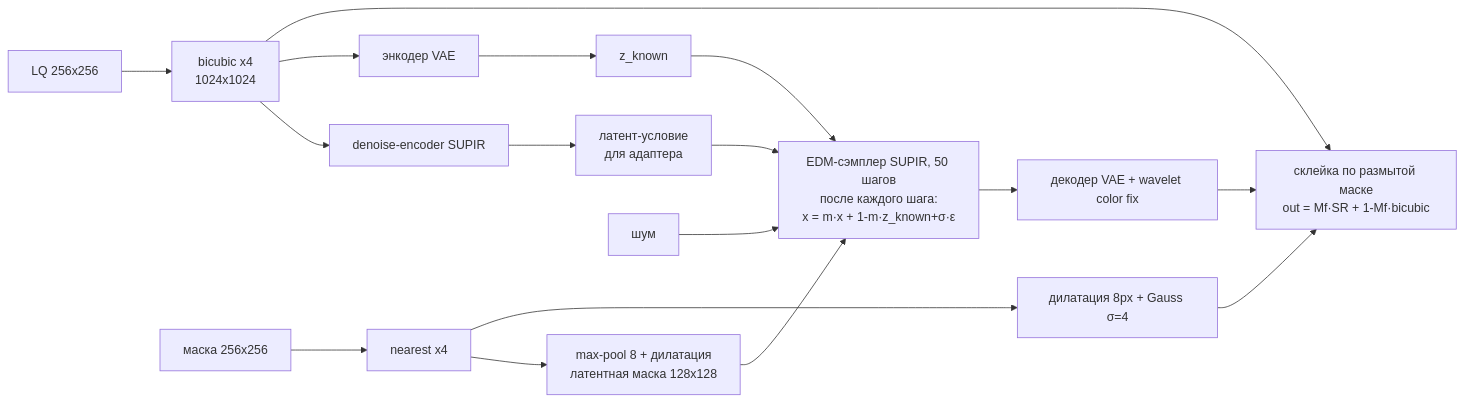
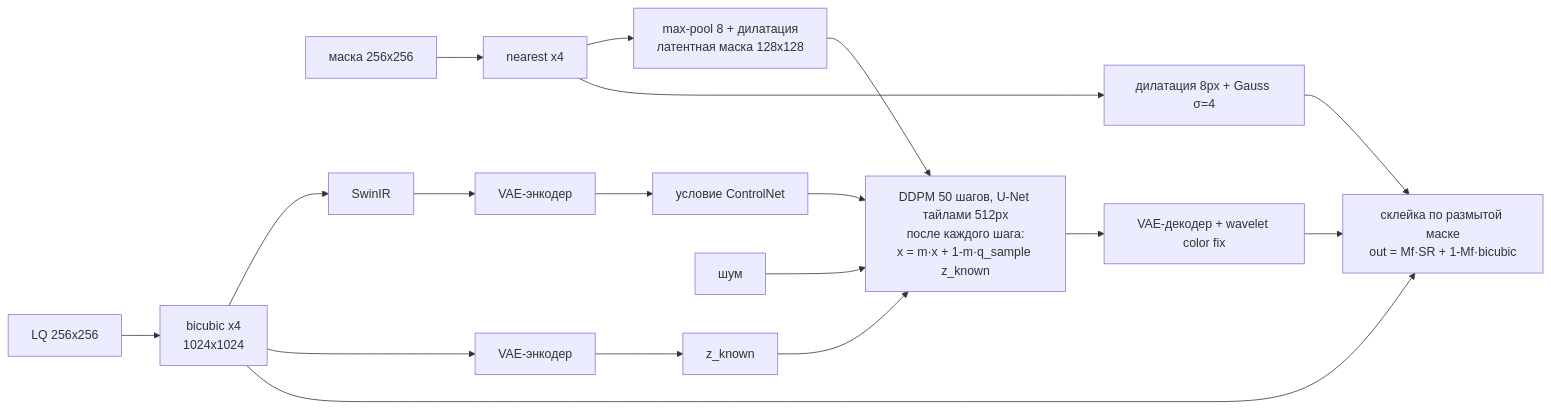
The diagram in lab_3.2/README.md (IlyaKonoval/Computer-vision), drawn with Mermaid before and after one commit. The commit also changed other lines of this file and 17 other files, not shown here.

````diff
--- a/lab_3.2/README.md
+++ b/lab_3.2/README.md
@@ -48,14 +56,14 @@
 ```mermaid
 flowchart LR
     LQ[LQ 256x256] --> UP[bicubic x4<br/>1024x1024]
     M[маска 256x256] --> MU[nearest x4] --> ML[max-pool 8 + дилатация<br/>латентная маска 128x128]
-    UP --> DE[denoise-encoder SUPIR] --> C[латент-условие<br/>для адаптера]
-    UP --> E[энкодер VAE] --> ZK[z_known]
+    UP --> SW[SwinIR] --> E1[VAE-энкодер] --> C[условие ControlNet]
+    UP --> E2[VAE-энкодер] --> ZK[z_known]
     N[шум] --> S
-    C --> S[EDM-сэмплер SUPIR, 50 шагов<br/>после каждого шага:<br/>x = m·x + 1-m·z_known+σ·ε]
+    C --> S[DDPM 50 шагов, U-Net тайлами 512px<br/>после каждого шага:<br/>x = m·x + 1-m·q_sample z_known]
     ML --> S
     ZK --> S
-    S --> D[декодер VAE + wavelet color fix] --> B[склейка по размытой маске<br/>out = Mf·SR + 1-Mf·bicubic]
+    S --> D[VAE-декодер + wavelet color fix] --> B[склейка по размытой маске<br/>out = Mf·SR + 1-Mf·bicubic]
     UP --> B
     MU --> F[дилатация 8px + Gauss σ=4] --> B
 ```
````
